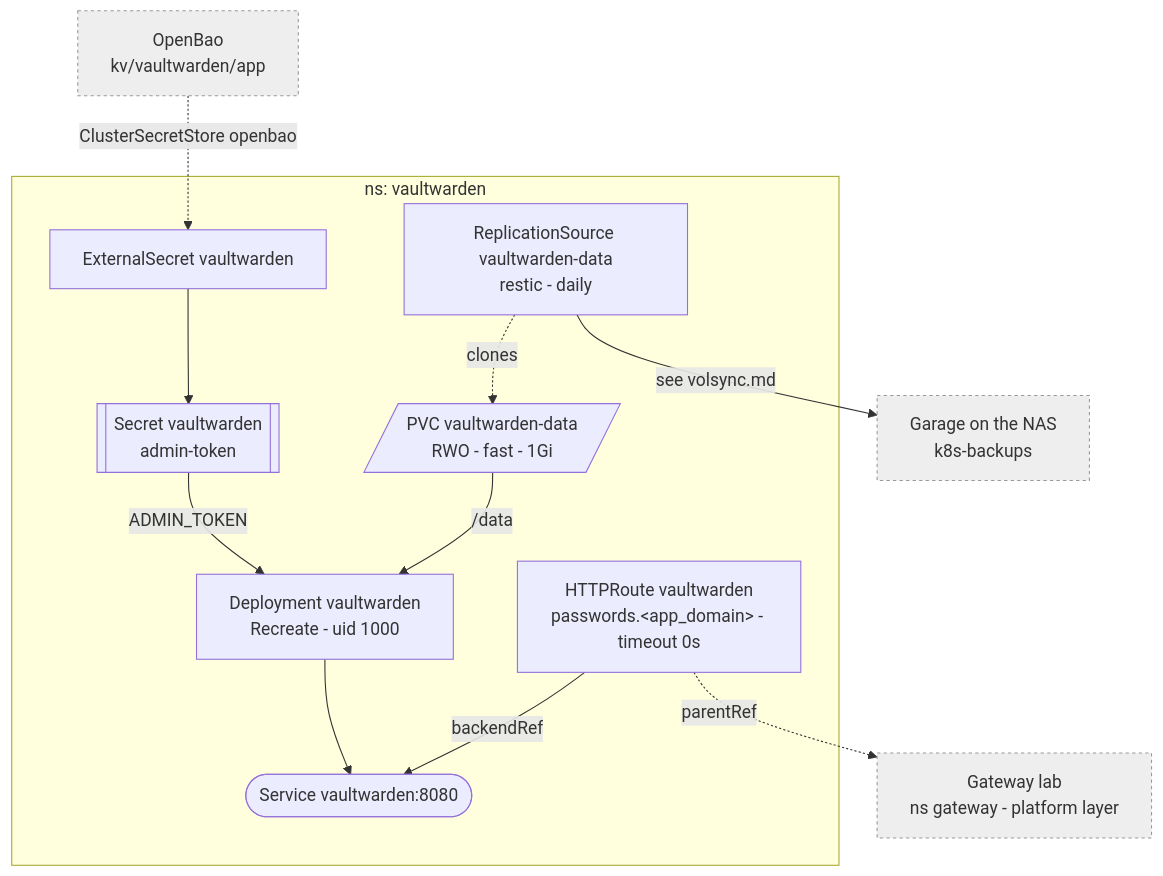
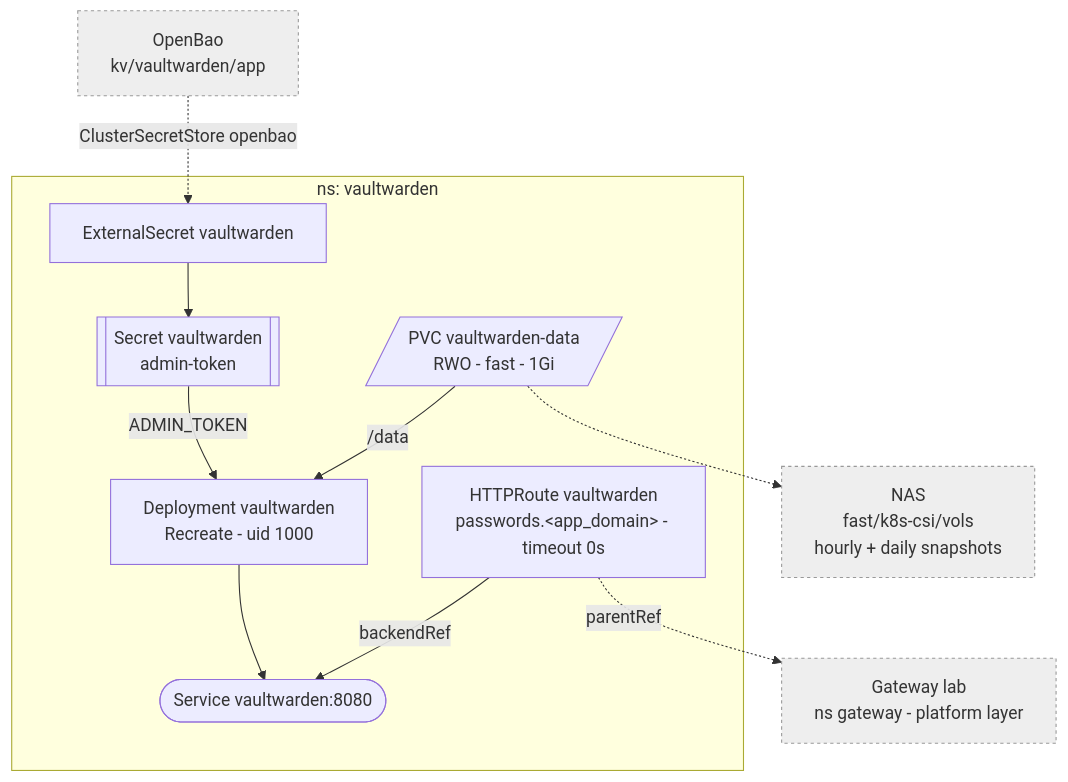
Before and after one commit to Sojamann/homelab-apps: the diagram in docs/vaultwarden.md, drawn with Mermaid. The commit also changed other lines of this file and 38 other files, not shown here.

Commit message:
feat(backups): replace VolSync with NAS ZFS snapshots and replication

````diff
--- a/docs/vaultwarden.md
+++ b/docs/vaultwarden.md
@@ -5,19 +5,18 @@
 ```mermaid
 graph TD
   subgraph vw["ns: vaultwarden"]
     ES["ExternalSecret vaultwarden"] --> SEC[["Secret vaultwarden<br/>admin-token"]]
     SRV["Deployment vaultwarden<br/>Recreate - uid 1000"]
     SRV --> SVC(["Service vaultwarden:8080"])
     PVC[/"PVC vaultwarden-data<br/>RWO - fast - 1Gi"/] -->|/data| SRV
-    RS["ReplicationSource vaultwarden-data<br/>restic - daily"] -.->|clones| PVC
     SEC -->|ADMIN_TOKEN| SRV
     RT["HTTPRoute vaultwarden<br/>passwords.&lt;app_domain&gt; - timeout 0s"] -->|backendRef| SVC
   end
 
   BAO["OpenBao<br/>kv/vaultwarden/app"] -.->|ClusterSecretStore openbao| ES
-  RS -->|see volsync.md| GA["Garage on the NAS<br/>k8s-backups"]
+  PVC -.-> SNAP["NAS<br/>fast/k8s-csi/vols<br/>hourly + daily snapshots"]
   RT -.->|parentRef| GW["Gateway lab<br/>ns gateway - platform layer"]
 
   classDef ext fill:#eee,stroke:#999,stroke-dasharray:3 3;
-  class GW,BAO,GA ext;
+  class GW,BAO,SNAP ext;
 ```
````
